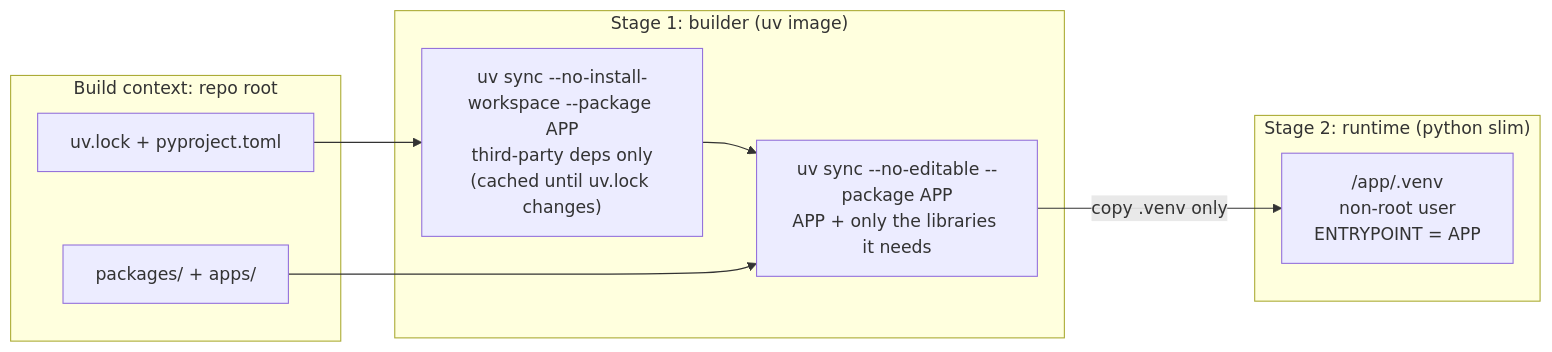
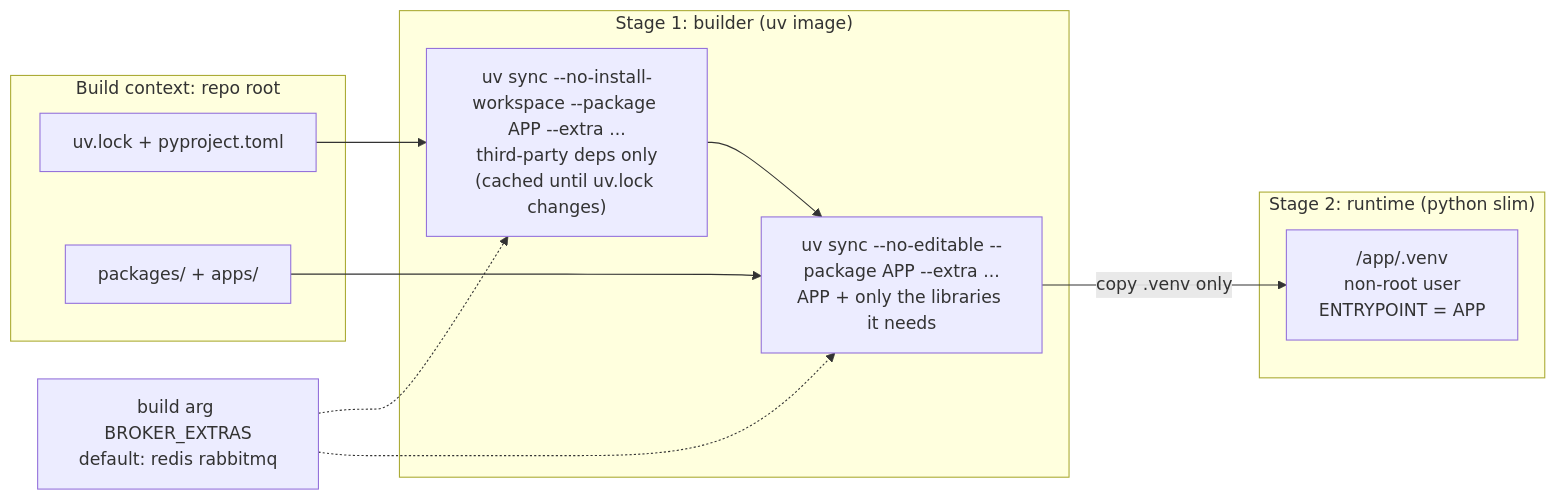
One commit to sovikroy/python-monorepo changed the eighth of 10 diagrams in ARCHITECTURE.md. Above: the diagram before and after it, drawn with Mermaid. The commit also changed other lines of this file and 40 other files, not shown here.

````diff
--- a/ARCHITECTURE.md
+++ b/ARCHITECTURE.md
@@ -197,21 +298,22 @@
 ```mermaid
 flowchart LR
     subgraph ctx["Build context: repo root"]
         lock["uv.lock + pyproject.toml"]
         src["packages/ + apps/"]
     end
 
     subgraph builder["Stage 1: builder (uv image)"]
-        s1["uv sync --no-install-workspace --package APP<br/>third-party deps only<br/>(cached until uv.lock changes)"]
-        s2["uv sync --no-editable --package APP<br/>APP + only the libraries it needs"]
+        s1["uv sync --no-install-workspace --package APP --extra ...<br/>third-party deps only<br/>(cached until uv.lock changes)"]
+        s2["uv sync --no-editable --package APP --extra ...<br/>APP + only the libraries it needs"]
         s1 --> s2
     end
 
     subgraph runtime["Stage 2: runtime (python slim)"]
         venv["/app/.venv<br/>non-root user<br/>ENTRYPOINT = APP"]
     end
 
+    arg["build arg BROKER_EXTRAS<br/>default: redis rabbitmq"] -.-> s1 & s2
     lock --> s1
     src --> s2
     s2 -->|"copy .venv only"| venv
 ```
````
